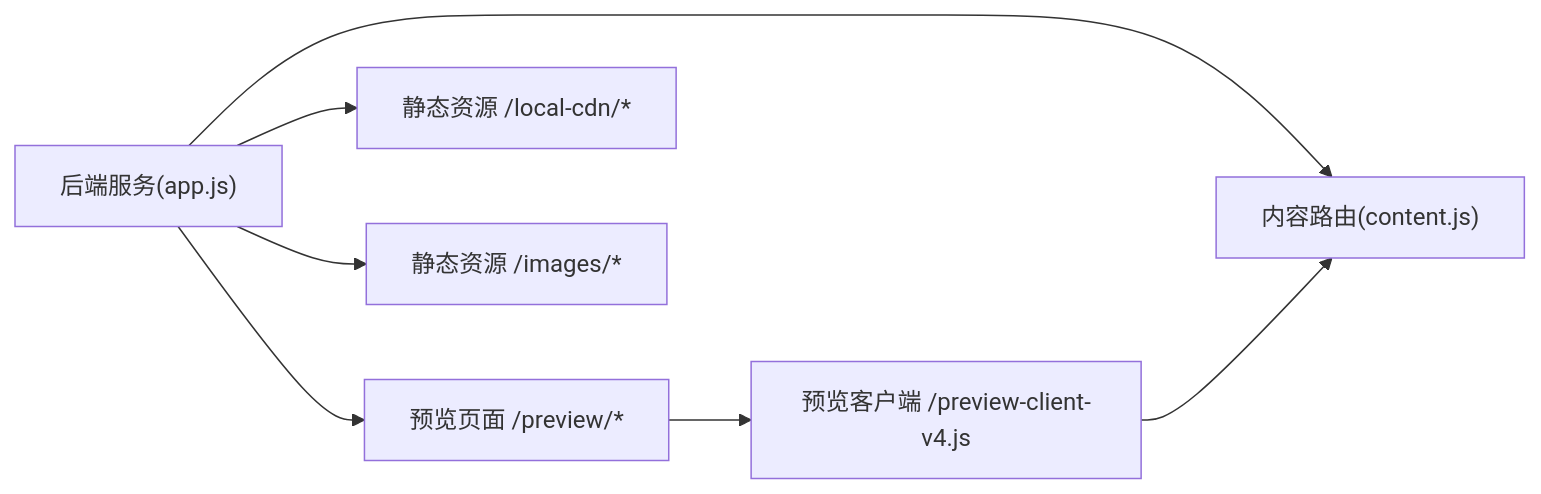
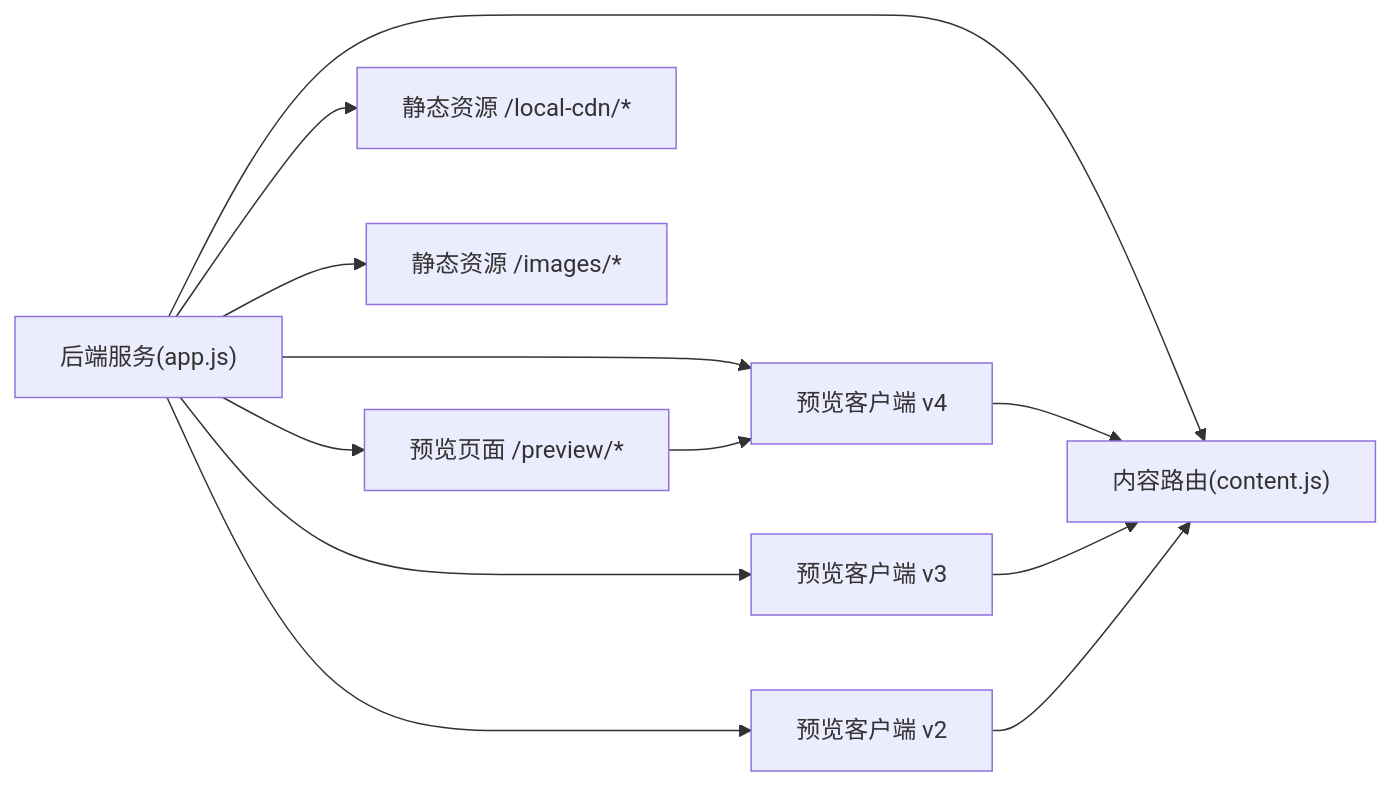
Before and after one commit to hx631580609-web/zsts-cms: the fifth of 5 diagrams in .qoder/repowiki/zh/content/后端服务架构/核心服务/预览模式系统.md, drawn with Mermaid. The commit also changed other lines of this file and 5 other files, not shown here.

````diff
--- a/.qoder/repowiki/zh/content/后端服务架构/核心服务/预览模式系统.md
+++ b/.qoder/repowiki/zh/content/后端服务架构/核心服务/预览模式系统.md
@@ -224,9 +294,14 @@
 ```mermaid
 graph LR
 S["后端服务(app.js)"] --> P["预览页面 /preview/*"]
 S --> R["内容路由(content.js)"]
 S --> L1["静态资源 /local-cdn/*"]
 S --> L2["静态资源 /images/*"]
-P --> V["预览客户端 /preview-client-v4.js"]
-V --> R
+S --> V2["预览客户端 v2"]
+S --> V3["预览客户端 v3"]
+S --> V4["预览客户端 v4"]
+P --> V4
+V4 --> R
+V3 --> R
+V2 --> R
 ```
````
